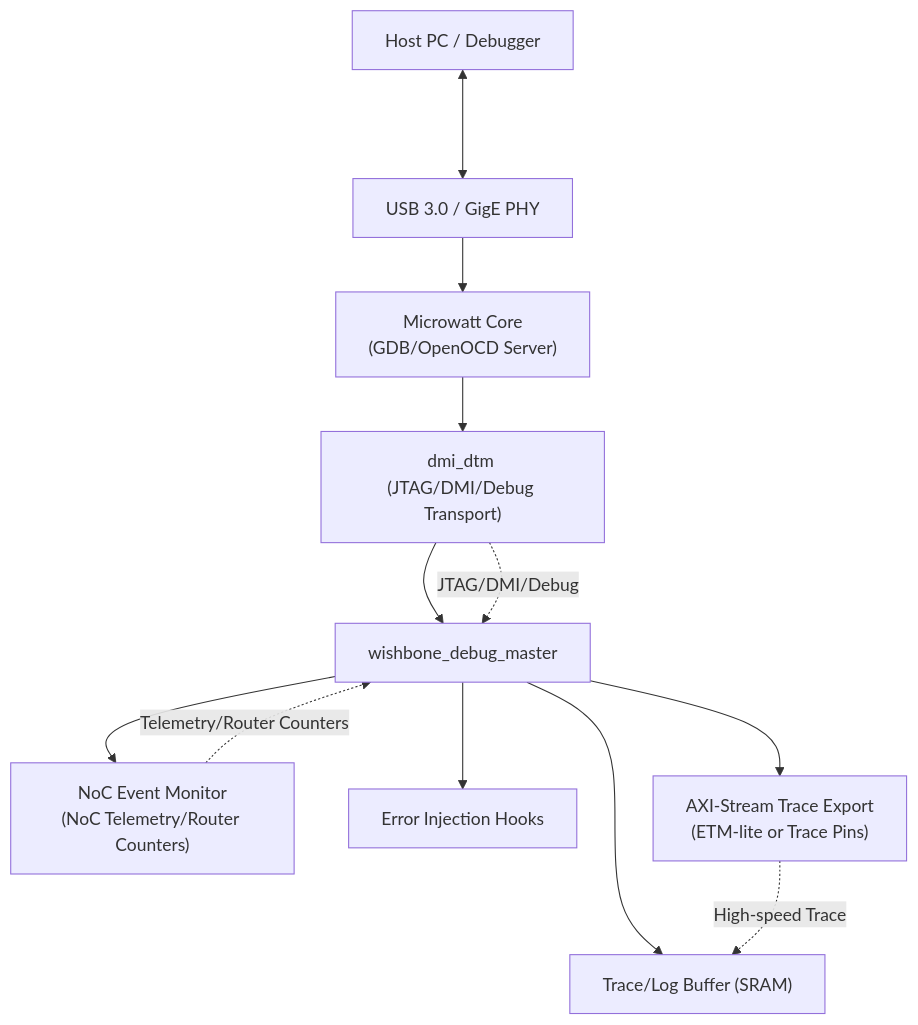
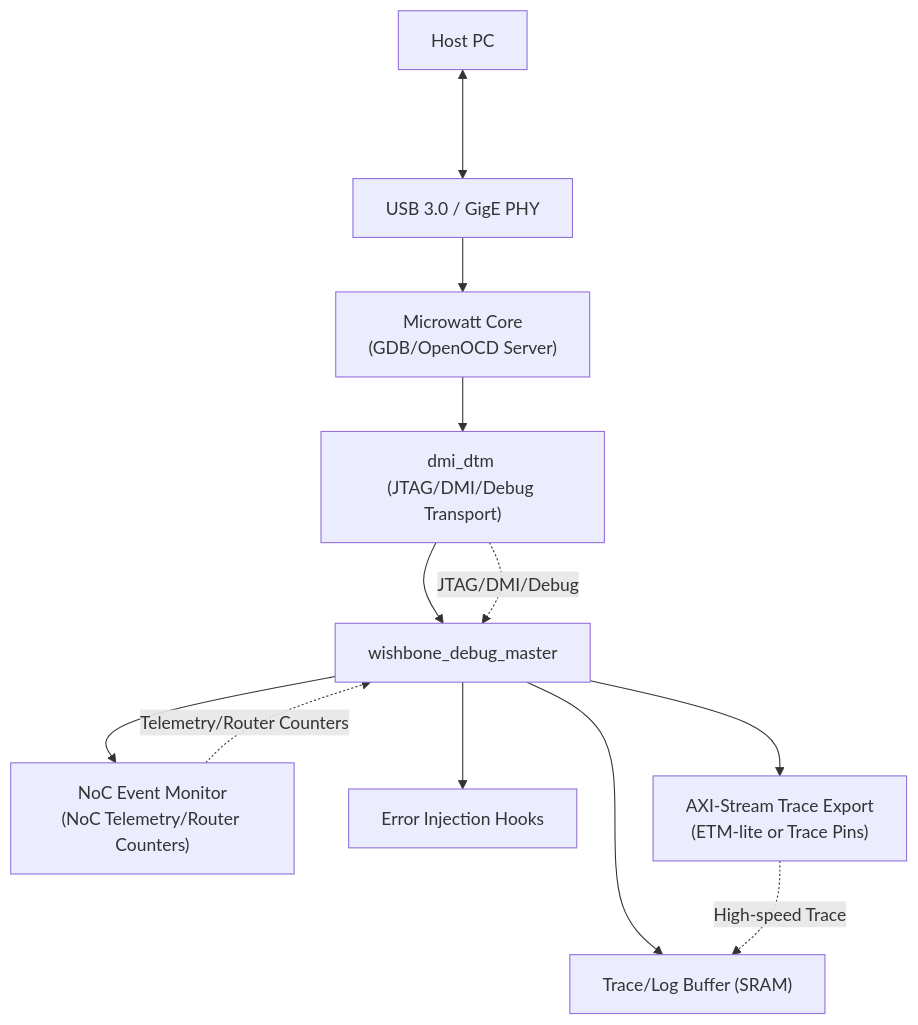
The diagram in README.md (blue67chillout/Microwatt-Based-Hardware-Debugger-SoC), drawn with Mermaid before and after one commit.

````diff
--- a/README.md
+++ b/README.md
@@ -63,33 +63,33 @@
 ```mermaid
 flowchart TD
-HostPC["Host PC / Debugger"]
+HostPC["Host PC "]
 PHY["USB 3.0 / GigE PHY"]
 MicrowattCore["Microwatt Core\n(GDB/OpenOCD Server)"]
 DTM["dmi_dtm (JTAG/DMI/Debug Transport)"]
 DebugMaster["wishbone_debug_master"]
 NoCMon["NoC Event Monitor\n(NoC Telemetry/Router Counters)"]
 ErrorInject["Error Injection Hooks"]
 TraceBuffer["Trace/Log Buffer (SRAM)"]
 AXITrace["AXI-Stream Trace Export\n(ETM-lite or Trace Pins)"]
 
 %% Connections
 HostPC <---> PHY
 PHY --> MicrowattCore
 
 MicrowattCore --> DTM
 DTM --> DebugMaster
 
 DebugMaster --> NoCMon
 DebugMaster --> ErrorInject
 DebugMaster --> TraceBuffer
 DebugMaster --> AXITrace
 
 %% Attach points annotations
 DTM -.->|JTAG/DMI/Debug| DebugMaster
 NoCMon -.->|Telemetry/Router Counters| DebugMaster
 AXITrace -.->|High-speed Trace| TraceBuffer
 
 
 
 
 ```
````
